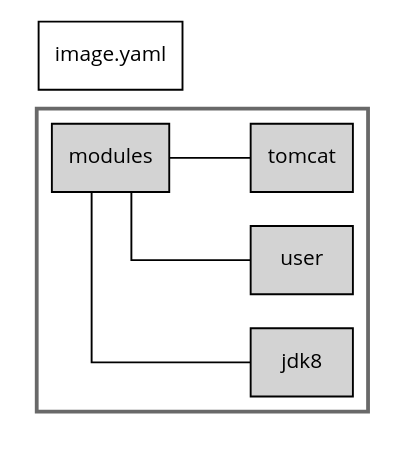
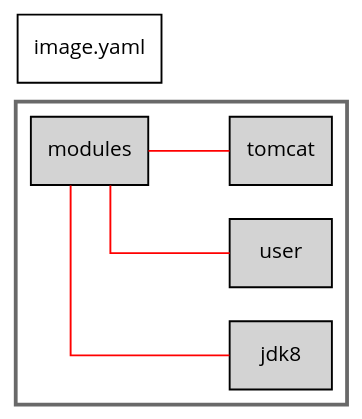
One commit to cekit/cekit changed the diagram in docs/getting-started/modules.rst. Above: the diagram before and after it, drawn with Graphviz. The commit also changed 3 other files, not shown here.

```diff
--- a/docs/getting-started/modules.rst
+++ b/docs/getting-started/modules.rst
@@ -24,25 +24,26 @@
 .. graphviz::
     :align: center
     :alt: CEKit simple build process diagram
 
     digraph modules_diagram {
+        bgcolor="transparent";
         rankdir="LR";
         graph [fontsize="11", fontname="Open Sans", compound="true", splines=ortho];
         node [shape="box", fontname="Open Sans", fontsize="11"];
 
         subgraph cluster_0 {
             node [style="filled"];
             penwidth = "2";
             color="dimgrey";
             rank=same;
 
             modules [label="modules", group="m"];
             jdk8 [label="jdk8"];
             user [label="user"];
             tomcat [label="tomcat", group="m"];
         }
-        modules -> tomcat[lhead=cluster_0, arrowhead=none]
-        modules -> jdk8[lhead=cluster_0, arrowhead=none]
-        modules -> user[lhead=cluster_0, arrowhead=none]
-        descriptor [label="image.yaml"];
+        modules -> tomcat[lhead=cluster_0, arrowhead=none, color="red"]
+        modules -> jdk8[lhead=cluster_0, arrowhead=none, color="red"]
+        modules -> user[lhead=cluster_0, arrowhead=none, color="red"]
+        descriptor [label="image.yaml", style="filled", fillcolor="white"];
     }
```
